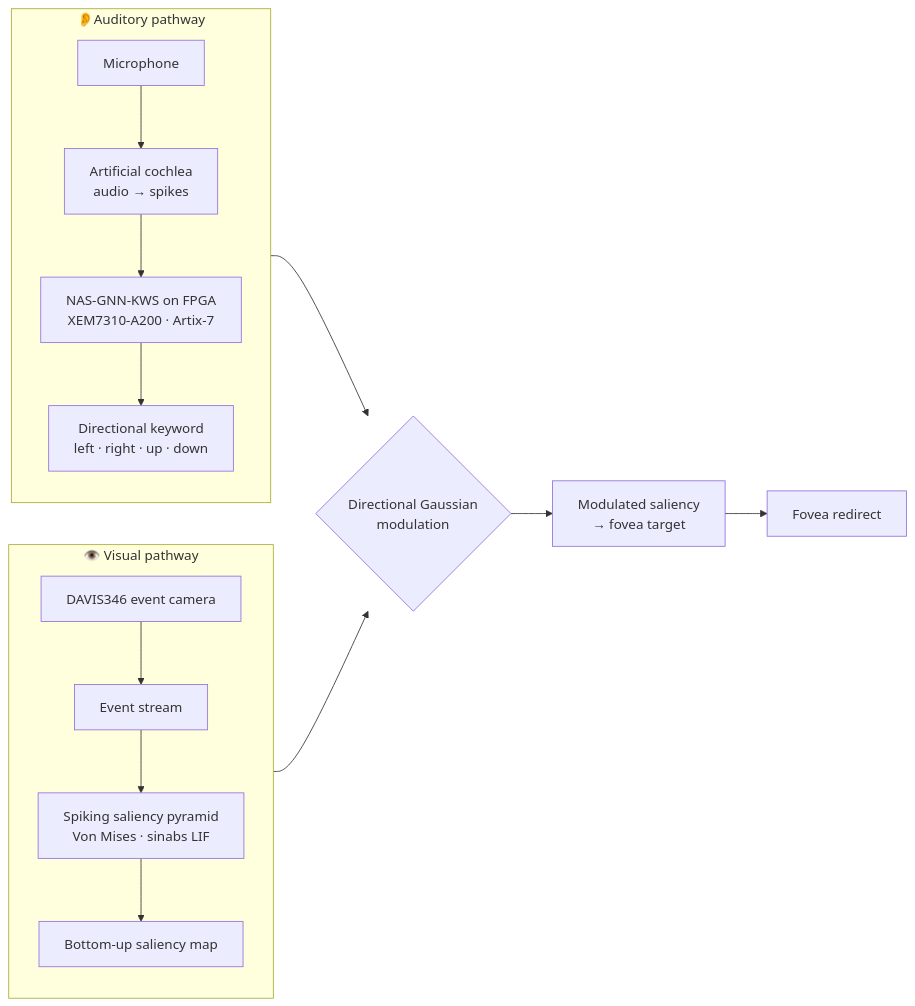
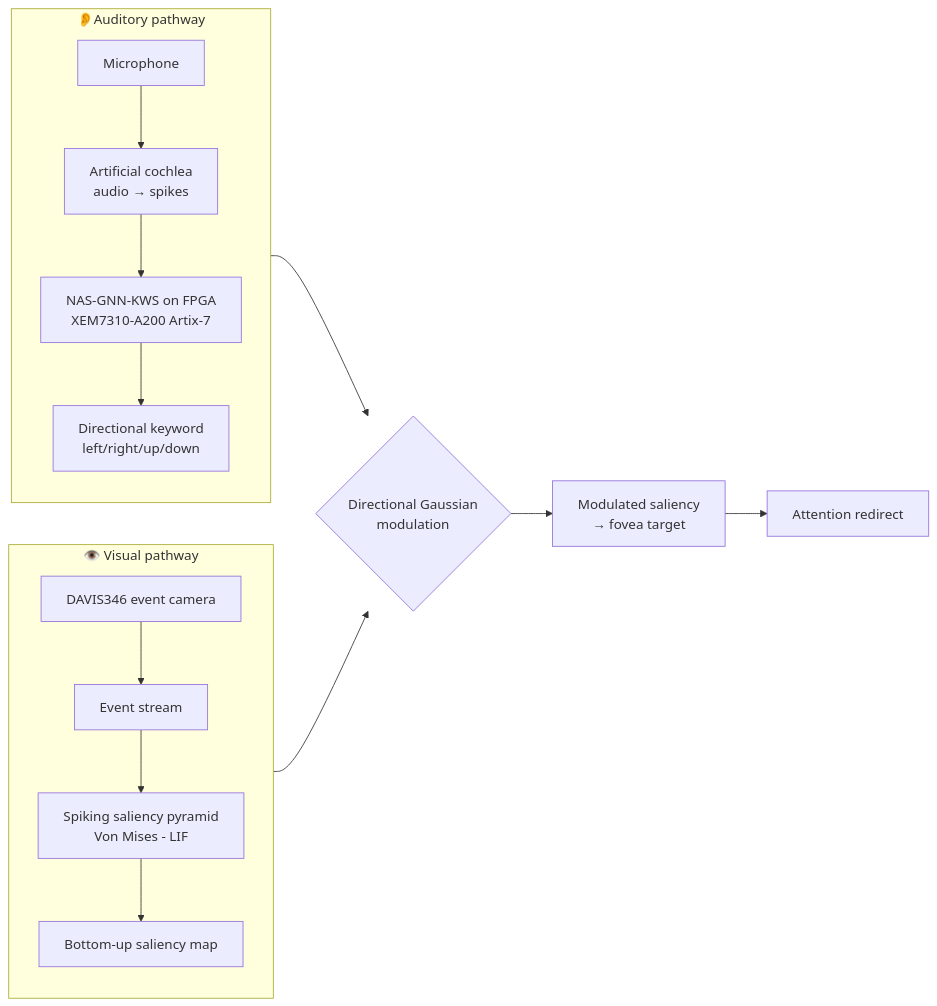
The diagram in README.md (Neuro-inspired-Perception-and-Cognition/kws_visual_attention), drawn with Mermaid before and after one commit.

Commit message:
Update terminology in README for clarity

````diff
--- a/README.md
+++ b/README.md
@@ -37,19 +37,19 @@
 ```mermaid
 flowchart LR
     subgraph V["👁️ Visual pathway"]
         direction TB
         CAM["DAVIS346 event camera"] --> EV["Event stream"]
-        EV --> SAL["Spiking saliency pyramid<br/>Von Mises · sinabs LIF"]
+        EV --> SAL["Spiking saliency pyramid<br/>Von Mises - LIF"]
         SAL --> SMAP["Bottom-up saliency map"]
     end
     subgraph A["👂Auditory pathway"]
         direction TB
         MIC["Microphone"] --> COCH["Artificial cochlea<br/>audio → spikes"]
-        COCH --> KWS["NAS-GNN-KWS on FPGA<br/>XEM7310-A200 · Artix-7"]
-        KWS --> WORD["Directional keyword<br/>left · right · up · down"]
+        COCH --> KWS["NAS-GNN-KWS on FPGA<br/>XEM7310-A200 Artix-7"]
+        KWS --> WORD["Directional keyword<br/>left/right/up/down"]
     end
     SMAP --> MOD{"Directional Gaussian<br/>modulation"}
     WORD --> MOD
     MOD --> TGT["Modulated saliency<br/>→ fovea target"]
-    TGT --> SYSTEM["Fovea redirect"]
+    TGT --> SYSTEM["Attention redirect"]
 ```
````
